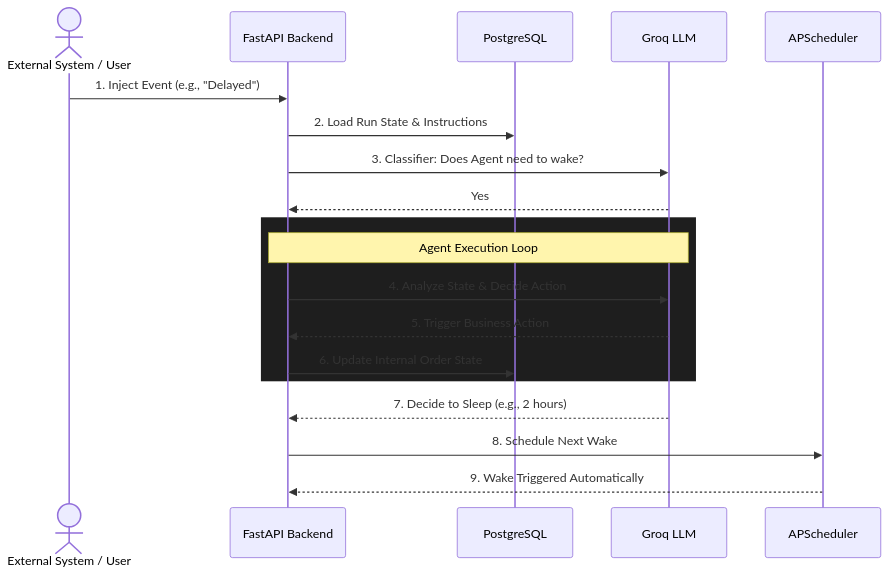
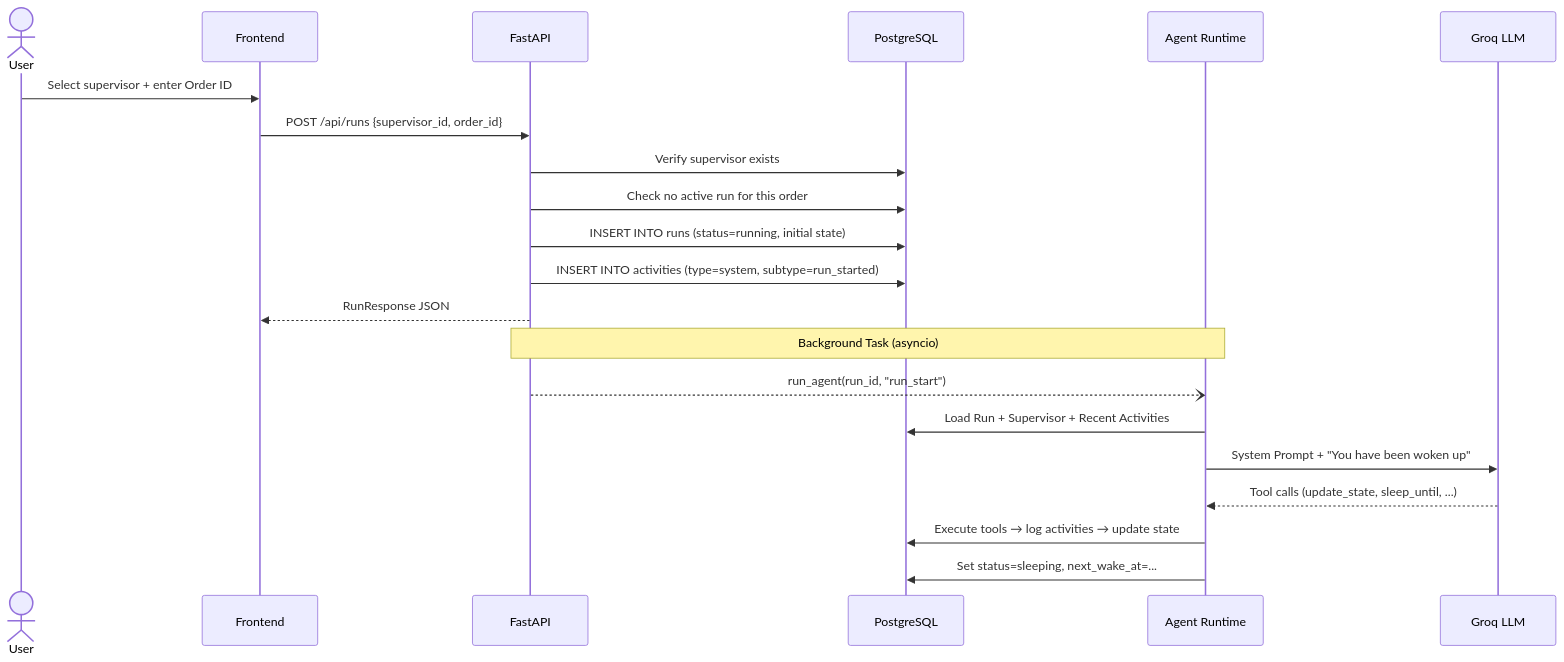
Before and after one commit to ankurraj2003/Order-Supervisor-POC: the third of 8 diagrams in README.md, drawn with Mermaid. The commit also changed other lines of this file, not shown here.

Commit message:
updated README with architecture diagrams and documentation

````diff
--- a/README.md
+++ b/README.md
@@ -17,24 +157,25 @@
 ```mermaid
 sequenceDiagram
-    actor User as External System / User
-    participant API as FastAPI Backend
+    actor User
+    participant FE as Frontend
+    participant API as FastAPI
     participant DB as PostgreSQL
+    participant AGT as Agent Runtime
     participant LLM as Groq LLM
-    participant Sched as APScheduler
 
-    User->>API: 1. Inject Event (e.g., "Delayed")
-    API->>DB: 2. Load Run State & Instructions
-    API->>LLM: 3. Classifier: Does Agent need to wake?
-    LLM-->>API: Yes
-    
-    rect rgb(30, 30, 30)
-    Note over API,LLM: Agent Execution Loop
-    API->>LLM: 4. Analyze State & Decide Action
-    LLM-->>API: 5. Trigger Business Action
-    API->>DB: 6. Update Internal Order State
-    end
-    
-    LLM-->>API: 7. Decide to Sleep (e.g., 2 hours)
-    API->>Sched: 8. Schedule Next Wake
-    Sched-->>API: 9. Wake Triggered Automatically
+    User->>FE: Select supervisor + enter Order ID
+    FE->>API: POST /api/runs {supervisor_id, order_id}
+    API->>DB: Verify supervisor exists
+    API->>DB: Check no active run for this order
+    API->>DB: INSERT INTO runs (status=running, initial state)
+    API->>DB: INSERT INTO activities (type=system, subtype=run_started)
+    API-->>FE: RunResponse JSON
+
+    Note over API,AGT: Background Task (asyncio)
+    API--)AGT: run_agent(run_id, "run_start")
+    AGT->>DB: Load Run + Supervisor + Recent Activities
+    AGT->>LLM: System Prompt + "You have been woken up"
+    LLM-->>AGT: Tool calls (update_state, sleep_until, ...)
+    AGT->>DB: Execute tools → log activities → update state
+    AGT->>DB: Set status=sleeping, next_wake_at=...
 ```
````
